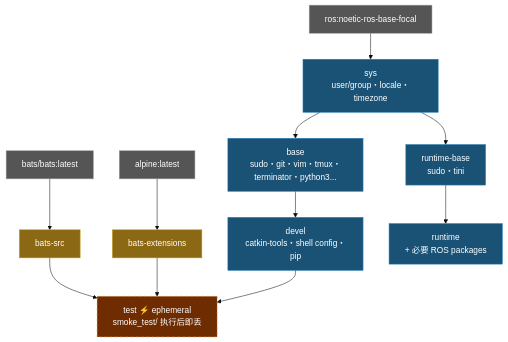
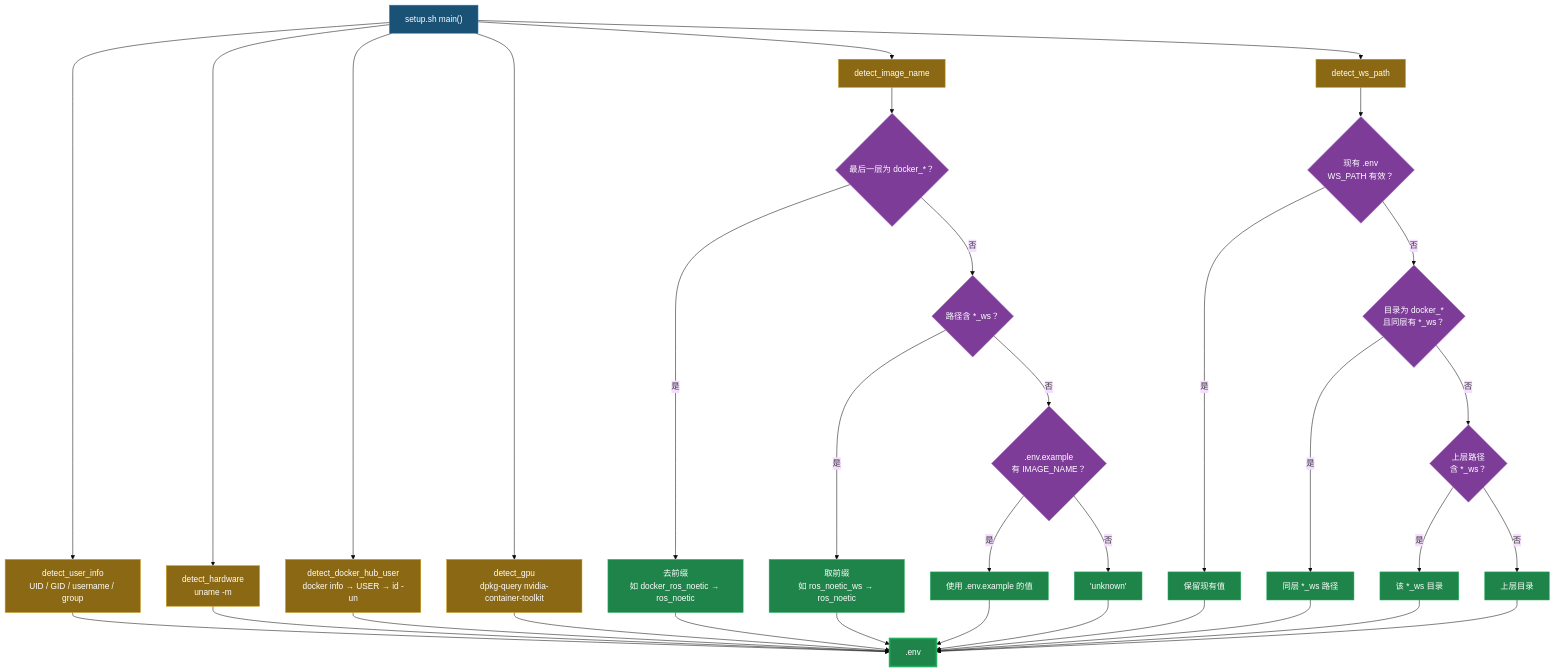
One commit to ycpss91255-docker/ros_noetic changed the first of 2 diagrams in doc/README.zh-CN.md. Above: the diagram before and after it, drawn with Mermaid (base theme). The commit also changed other lines of this file and 47 other files, not shown here.

First line of the commit message:
Squashed 'docker_setup_helper/' changes from ea8a994..4e7b249

````diff
--- a/doc/README.zh-CN.md
+++ b/doc/README.zh-CN.md
@@ -234,26 +272,46 @@
 ```mermaid
 graph TD
-    EXT1["bats/bats:latest"]:::external
-    EXT2["alpine:latest"]:::external
-    EXT3["ros:noetic-ros-base-focal"]:::external
+    A["setup.sh main()"]:::entry
 
-    EXT1 --> bats-src["bats-src"]:::tool
-    EXT2 --> bats-ext["bats-extensions"]:::tool
+    A --> B["detect_user_info\nUID / GID / username / group"]:::detect
+    A --> C["detect_hardware\nuname -m"]:::detect
+    A --> D["detect_docker_hub_user\ndocker info → USER → id -un"]:::detect
+    A --> E["detect_gpu\ndpkg-query nvidia-container-toolkit"]:::detect
+    A --> F["detect_image_name"]:::detect
+    A --> G["detect_ws_path"]:::detect
 
-    EXT3 --> sys["sys\nuser/group・locale・timezone"]:::stage
+    F --> F1{"最后一层为 docker_*？"}:::decision
+    F1 -- "是" --> F1R["去前缀\n如 docker_ros_noetic → ros_noetic"]:::result
+    F1 -- "否" --> F2{"路径含 *_ws？"}:::decision
+    F2 -- "是" --> F2R["取前缀\n如 ros_noetic_ws → ros_noetic"]:::result
+    F2 -- "否" --> F3{".env.example\n有 IMAGE_NAME？"}:::decision
+    F3 -- "是" --> F3R["使用 .env.example 的值"]:::result
+    F3 -- "否" --> F4R["'unknown'"]:::result
 
-    sys --> base["base\nsudo・git・vim・tmux・terminator・python3..."]:::stage
-    base --> devel["devel\ncatkin-tools・shell config・pip"]:::stage
+    G --> G0{"现有 .env\nWS_PATH 有效？"}:::decision
+    G0 -- "是" --> G0R["保留现有值"]:::result
+    G0 -- "否" --> G1{"目录为 docker_*\n且同层有 *_ws？"}:::decision
+    G1 -- "是" --> G1R["同层 *_ws 路径"]:::result
+    G1 -- "否" --> G2{"上层路径\n含 *_ws？"}:::decision
+    G2 -- "是" --> G2R["该 *_ws 目录"]:::result
+    G2 -- "否" --> G3R["上层目录"]:::result
 
-    bats-src --> test["test  ⚡ ephemeral\nsmoke_test/ 执行后即丢"]:::ephemeral
-    bats-ext --> test
-    devel --> test
+    B --> H[".env"]:::output
+    C --> H
+    D --> H
+    E --> H
+    F1R --> H
+    F2R --> H
+    F3R --> H
+    F4R --> H
+    G0R --> H
+    G1R --> H
+    G2R --> H
+    G3R --> H
 
-    sys --> runtime-base["runtime-base\nsudo・tini"]:::stage
-    runtime-base --> runtime["runtime\n+ 必要 ROS packages"]:::stage
-
-    classDef external fill:#555,color:#fff,stroke:#999
-    classDef tool fill:#8B6914,color:#fff,stroke:#c8960c
-    classDef stage fill:#1a5276,color:#fff,stroke:#2980b9
-    classDef ephemeral fill:#6e2c00,color:#fff,stroke:#e67e22,stroke-dasharray:5 5
+    classDef entry fill:#1a5276,color:#fff,stroke:#2980b9
+    classDef detect fill:#8B6914,color:#fff,stroke:#c8960c
+    classDef decision fill:#7d3c98,color:#fff,stroke:#a569bd
+    classDef result fill:#1e8449,color:#fff,stroke:#27ae60
+    classDef output fill:#1e8449,color:#fff,stroke:#27ae60,stroke-width:3px
 ```
````
